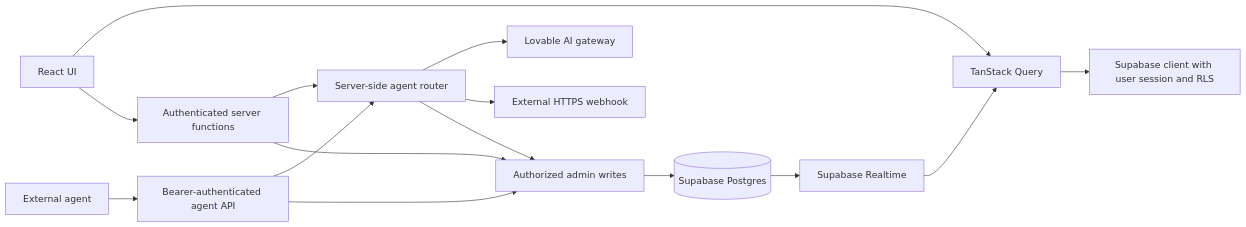
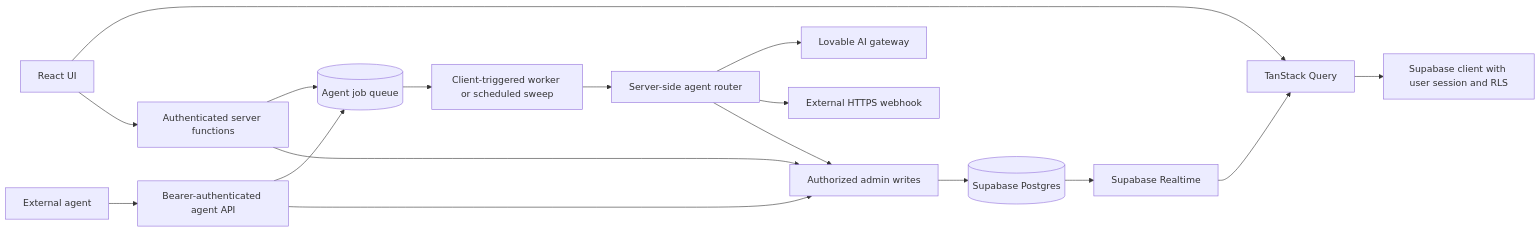
Before and after one commit to alexilin1/task-tandem-chat: the diagram in docs/architecture.md, drawn with Mermaid. The commit also changed other lines of this file and 3 other files, not shown here.

Commit message:
Document newly merged background agent queue and scheduler setup

````diff
--- a/docs/architecture.md
+++ b/docs/architecture.md
@@ -5,17 +5,19 @@
 ```mermaid
 flowchart LR
   UI[React UI] --> Query[TanStack Query]
   Query --> UserDB[Supabase client with user session and RLS]
   UI --> Functions[Authenticated server functions]
-  Functions --> Router[Server-side agent router]
+  Functions --> Jobs[(Agent job queue)]
+  Jobs --> Worker[Client-triggered worker or scheduled sweep]
+  Worker --> Router[Server-side agent router]
   Router --> Gateway[Lovable AI gateway]
   Router --> Webhook[External HTTPS webhook]
   External[External agent] --> API[Bearer-authenticated agent API]
-  API --> Router
+  API --> Jobs
   Functions --> Admin[Authorized admin writes]
   API --> Admin
   Router --> Admin
   Admin --> DB[(Supabase Postgres)]
   DB --> Realtime[Supabase Realtime]
   Realtime --> Query
 ```
````
